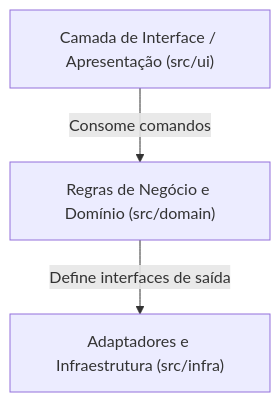
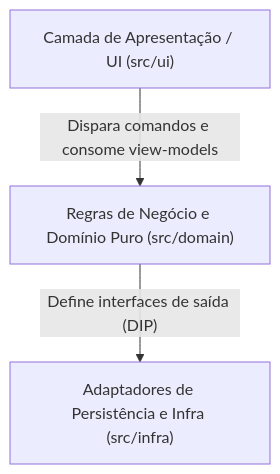
The diagram in spec-template-empty.md (cepraea/trc), drawn with Mermaid before and after one commit. The commit also changed other lines of this file and 17 other files, not shown here.

````diff
--- a/spec-template-empty.md
+++ b/spec-template-empty.md
@@ -85,9 +132,9 @@
 ```mermaid
 flowchart TD
-    UI["Camada de Interface / Apresentação (src/ui)"]
-    Domain["Regras de Negócio e Domínio (src/domain)"]
-    Infra["Adaptadores e Infraestrutura (src/infra)"]
+    UI["Camada de Apresentação / UI (src/ui)"]
+    Domain["Regras de Negócio e Domínio Puro (src/domain)"]
+    Infra["Adaptadores de Persistência e Infra (src/infra)"]
 
-    UI -->|"Consome comandos"| Domain
-    Domain -->|"Define interfaces de saída"| Infra
+    UI -->|"Dispara comandos e consome view-models"| Domain
+    Domain -->|"Define interfaces de saída (DIP)"| Infra
 ```
````
